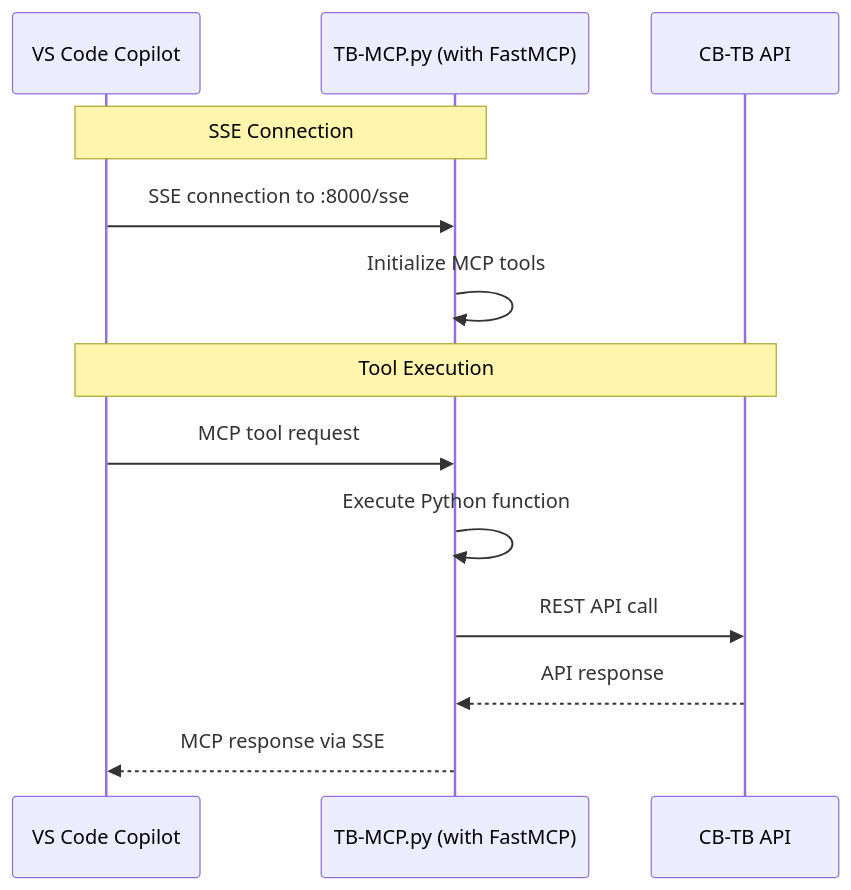
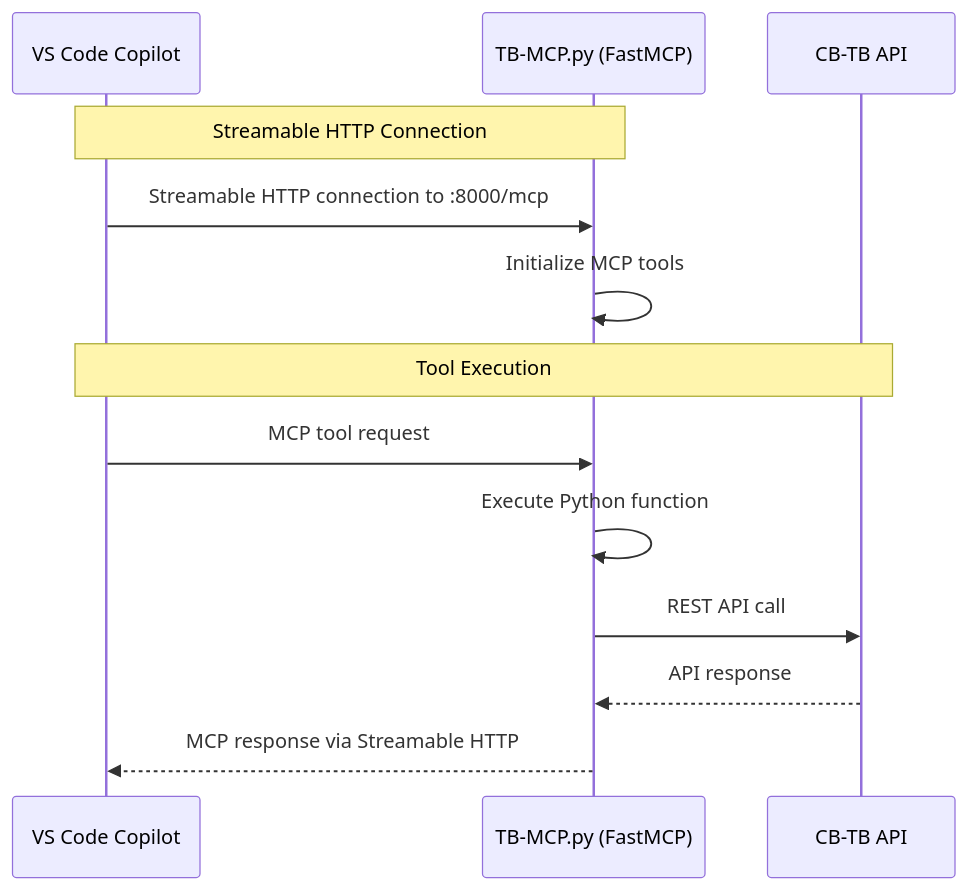
Before and after one commit to cloud-barista/cm-beetle: the third of 7 diagrams in deployments/docker-compose/cb-tumblebug/interface/mcp/architecture.md, drawn with Mermaid. The commit also changed other lines of this file and 59 other files, not shown here.

````diff
--- a/deployments/docker-compose/cb-tumblebug/interface/mcp/architecture.md
+++ b/deployments/docker-compose/cb-tumblebug/interface/mcp/architecture.md
@@ -128,17 +124,17 @@
 ```mermaid
 sequenceDiagram
     participant VS as VS Code Copilot
-    participant TB as TB-MCP.py (with FastMCP)
+    participant TB as TB-MCP.py (FastMCP)
     participant API as CB-TB API
     
-    Note over VS,TB: SSE Connection
-    VS->>TB: SSE connection to :8000/sse
+    Note over VS,TB: Streamable HTTP Connection
+    VS->>TB: Streamable HTTP connection to :8000/mcp
     TB->>TB: Initialize MCP tools
     
     Note over VS,API: Tool Execution
     VS->>TB: MCP tool request
     TB->>TB: Execute Python function
     TB->>API: REST API call
     API-->>TB: API response
-    TB-->>VS: MCP response via SSE
+    TB-->>VS: MCP response via Streamable HTTP
 ```
````
